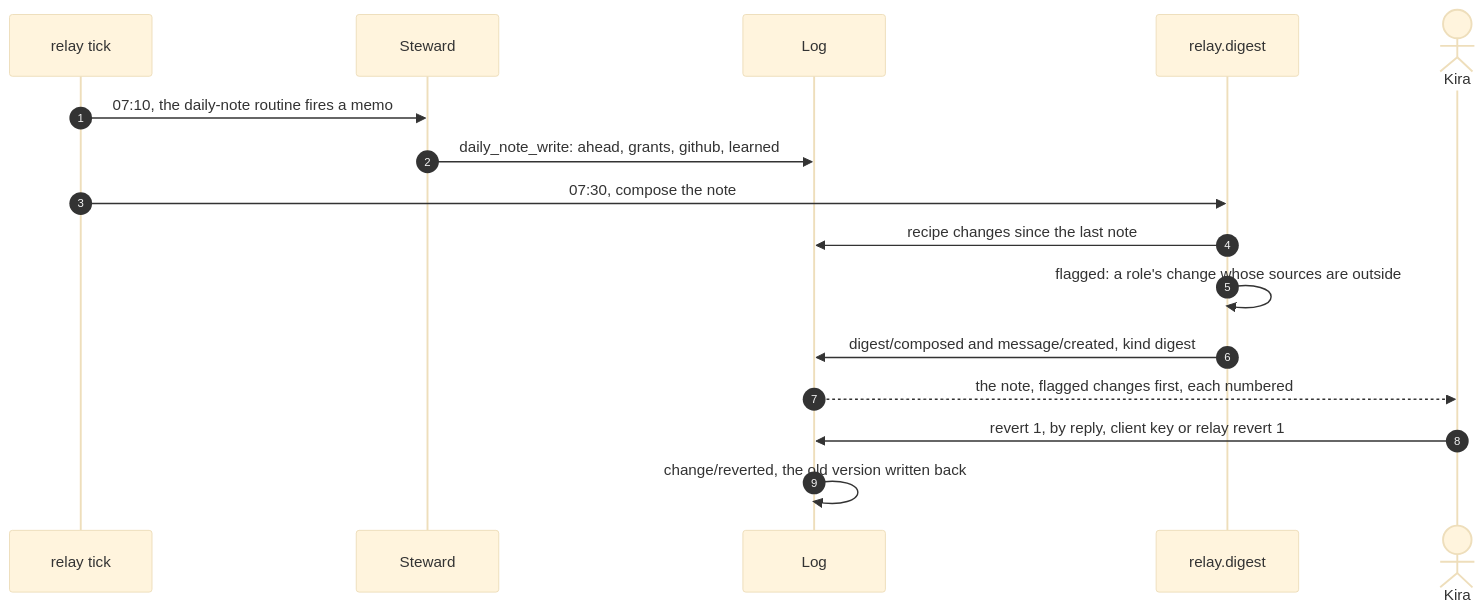
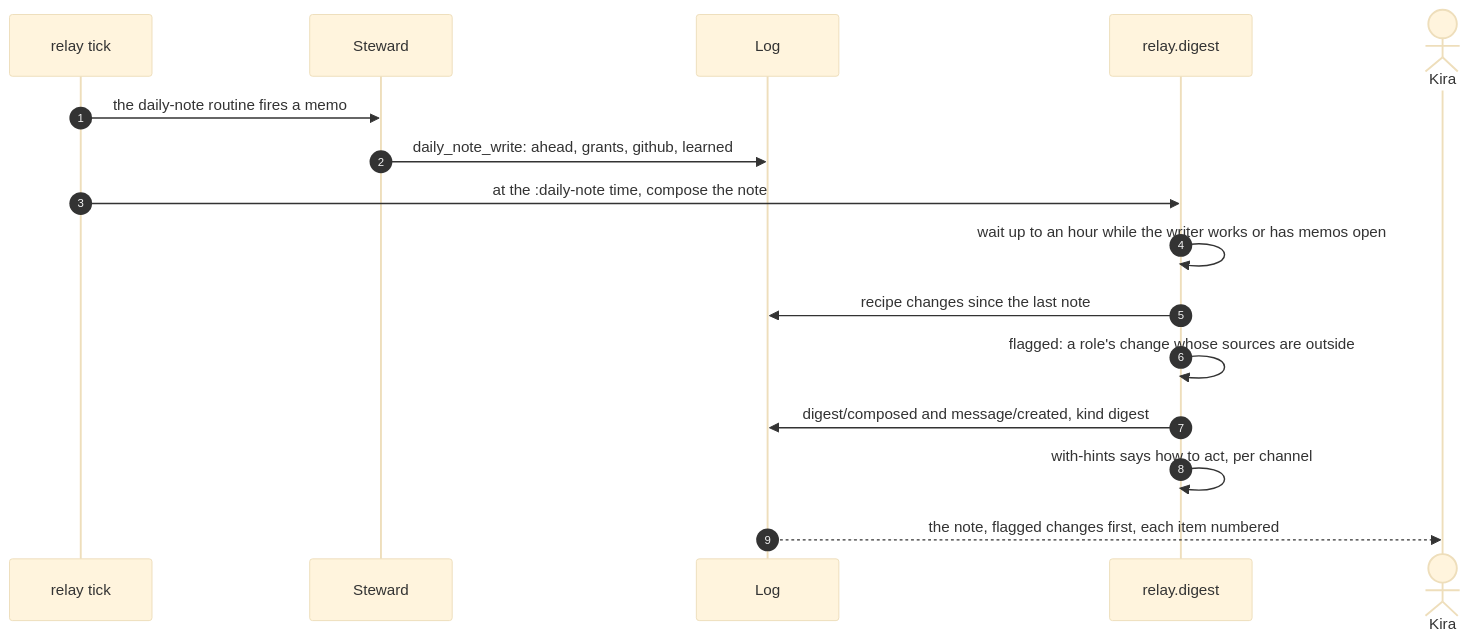
Diagram 12 of 16 in docs/architecture.md (kirahowe/relay), drawn with Mermaid (base theme) before and after one commit. The commit also changed other lines of this file, not shown here.

First line of the commit message:
Bring the architecture page up to date with main

````diff
--- a/docs/architecture.md
+++ b/docs/architecture.md
@@ -409,18 +513,18 @@
 ```mermaid
 sequenceDiagram
     autonumber
     participant T as relay tick
     participant St as Steward
     participant L as Log
     participant N as relay.digest
     actor K as Kira
-    T->>St: 07:10, the daily-note routine fires a memo
+    T->>St: the daily-note routine fires a memo
     St->>L: daily_note_write: ahead, grants, github, learned
-    T->>N: 07:30, compose the note
+    T->>N: at the :daily-note time, compose the note
+    N->>N: wait up to an hour while the writer works or has memos open
     N->>L: recipe changes since the last note
     N->>N: flagged: a role's change whose sources are outside
     N->>L: digest/composed and message/created, kind digest
-    L-->>K: the note, flagged changes first, each numbered
-    K->>L: revert 1, by reply, client key or relay revert 1
-    L->>L: change/reverted, the old version written back
+    N->>N: with-hints says how to act, per channel
+    L-->>K: the note, flagged changes first, each item numbered
 ```
````
